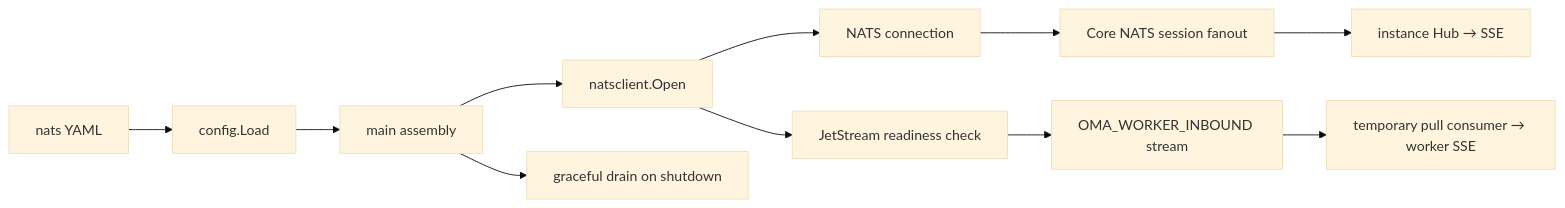
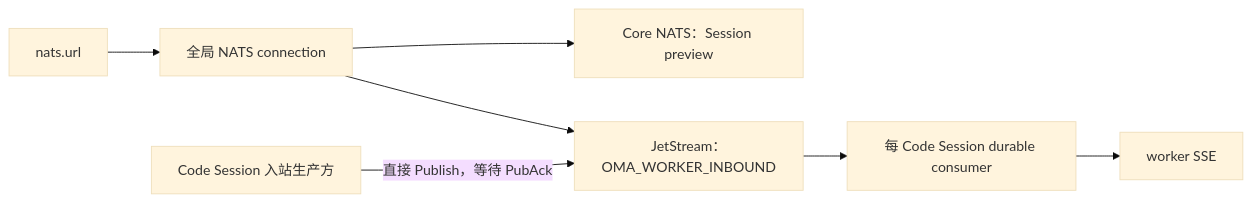
One commit to superduck-ai/open-managed-agents changed the diagram in docs/design/be/nats-messaging-foundation.md. Above: the diagram before and after it, drawn with Mermaid (base theme). The commit also changed other lines of this file and 70 other files, not shown here.

First line of the commit message:
Unify code session worker event delivery (#340)

````diff
--- a/docs/design/be/nats-messaging-foundation.md
+++ b/docs/design/be/nats-messaging-foundation.md
@@ -7,13 +9,9 @@
 ```mermaid
 flowchart LR
-    yaml["nats YAML"] --> loader["config.Load"]
-    loader --> main["main assembly"]
-    main --> client["natsclient.Open"]
-    client --> core["NATS connection"]
-    client --> js["JetStream readiness check"]
-    core --> fanout["Core NATS session fanout"]
-    fanout --> hub["instance Hub → SSE"]
-    js --> workerStream["OMA_WORKER_INBOUND stream"]
-    workerStream --> workerSSE["temporary pull consumer → worker SSE"]
-    main --> drain["graceful drain on shutdown"]
+    Config["nats.url"] --> Client["全局 NATS connection"]
+    Client --> Core["Core NATS：Session preview"]
+    Client --> JS["JetStream：OMA_WORKER_INBOUND"]
+    Producer["Code Session 入站生产方"] -->|直接 Publish，等待 PubAck| JS
+    JS --> Durable["每 Code Session durable consumer"]
+    Durable --> Worker["worker SSE"]
 ```
````
